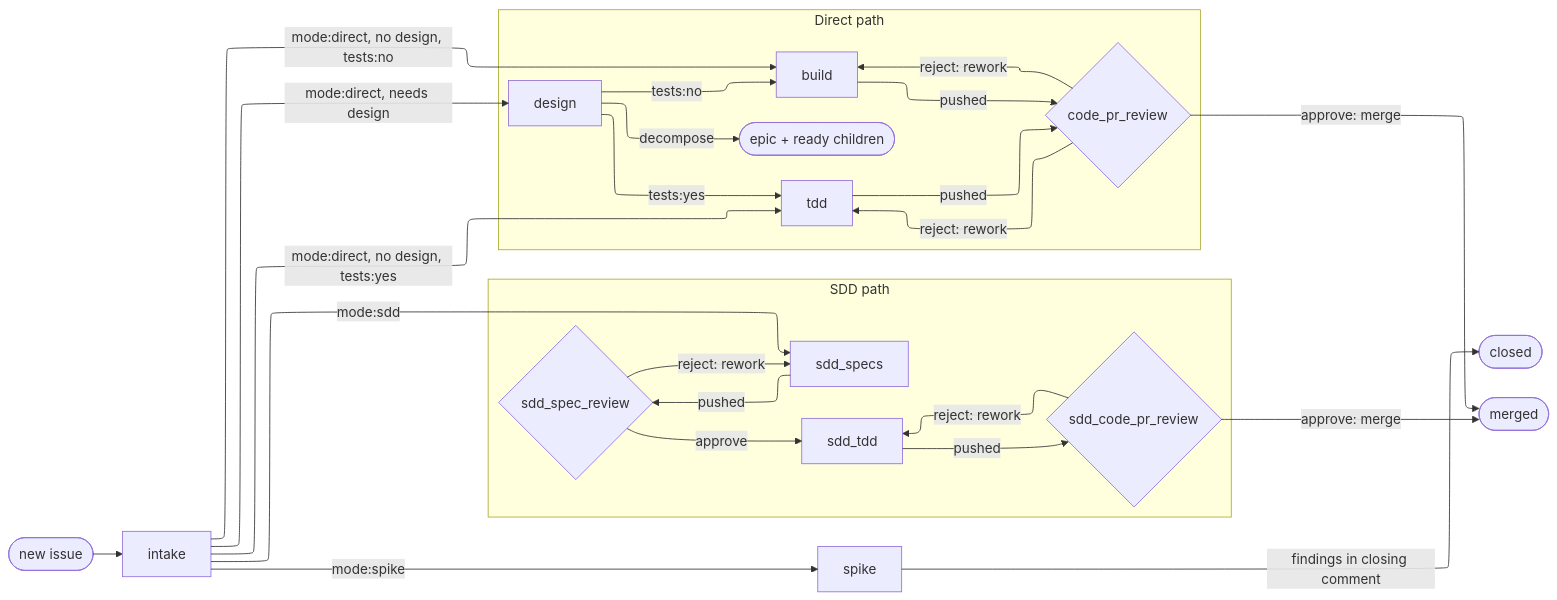
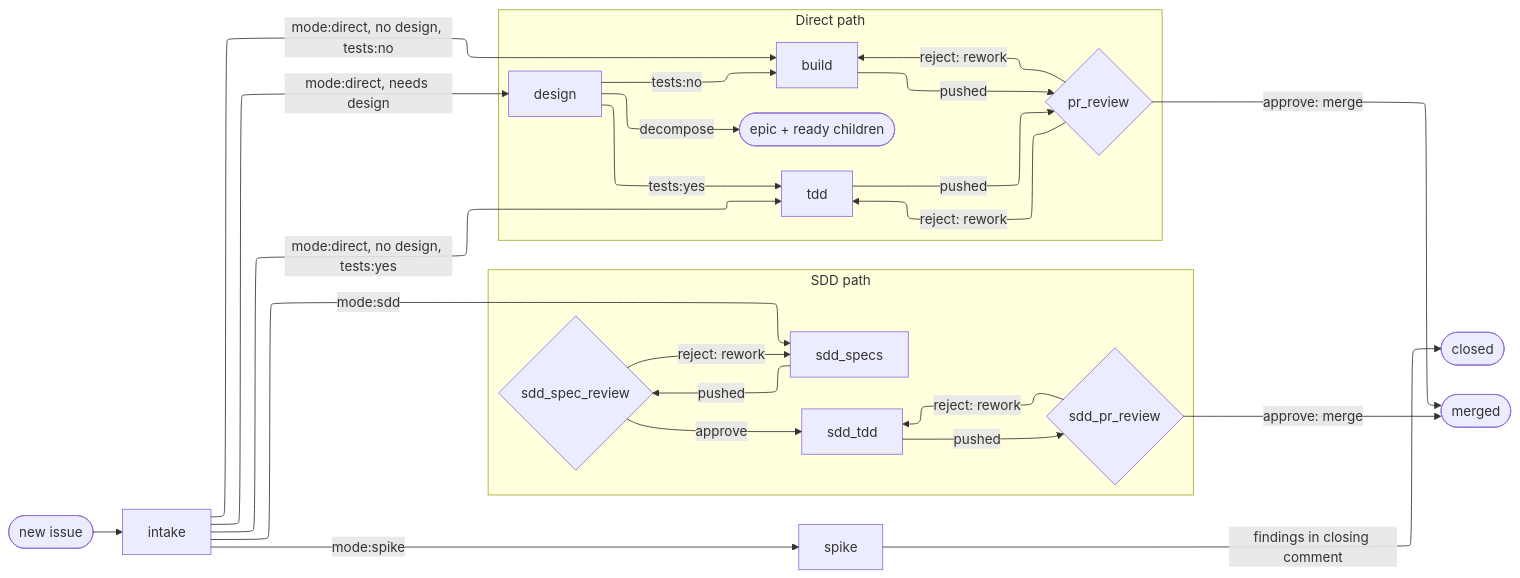
Before and after one commit to GeoffNordling/dev-playbook: the diagram in workflow/workflow.md, drawn with Mermaid. The commit also changed other lines of this file and 7 other files, not shown here.

````diff
--- a/workflow/workflow.md
+++ b/workflow/workflow.md
@@ -46,32 +46,32 @@
 ```mermaid
 %%{init: {'flowchart': {'defaultRenderer': 'elk'}}}%%
 flowchart LR
     new([new issue]) --> intake[intake]
     intake -->|mode:sdd| sdd_specs[sdd_specs]
     intake -->|mode:direct, needs design| design[design]
     intake -->|mode:direct, no design, tests:yes| tdd[tdd]
     intake -->|mode:direct, no design, tests:no| build[build]
     intake -->|mode:spike| spike[spike]
 
     subgraph sdd[SDD path]
         sdd_specs -->|pushed| sdd_spec_review{sdd_spec_review}
         sdd_spec_review -->|reject: rework| sdd_specs
         sdd_spec_review -->|approve| sdd_tdd[sdd_tdd]
-        sdd_tdd -->|pushed| sdd_code_pr_review{sdd_code_pr_review}
-        sdd_code_pr_review -->|reject: rework| sdd_tdd
+        sdd_tdd -->|pushed| sdd_pr_review{sdd_pr_review}
+        sdd_pr_review -->|reject: rework| sdd_tdd
     end
 
     subgraph direct[Direct path]
         design -->|tests:yes| tdd
         design -->|tests:no| build
         design -->|decompose| decomposed([epic + ready children])
-        tdd -->|pushed| code_pr_review{code_pr_review}
-        build -->|pushed| code_pr_review
-        code_pr_review -->|reject: rework| tdd
-        code_pr_review -->|reject: rework| build
+        tdd -->|pushed| pr_review{pr_review}
+        build -->|pushed| pr_review
+        pr_review -->|reject: rework| tdd
+        pr_review -->|reject: rework| build
     end
 
     spike -->|findings in closing comment| closed([closed])
-    sdd_code_pr_review -->|approve: merge| done([merged])
-    code_pr_review -->|approve: merge| done
+    sdd_pr_review -->|approve: merge| done([merged])
+    pr_review -->|approve: merge| done
 ```
````
